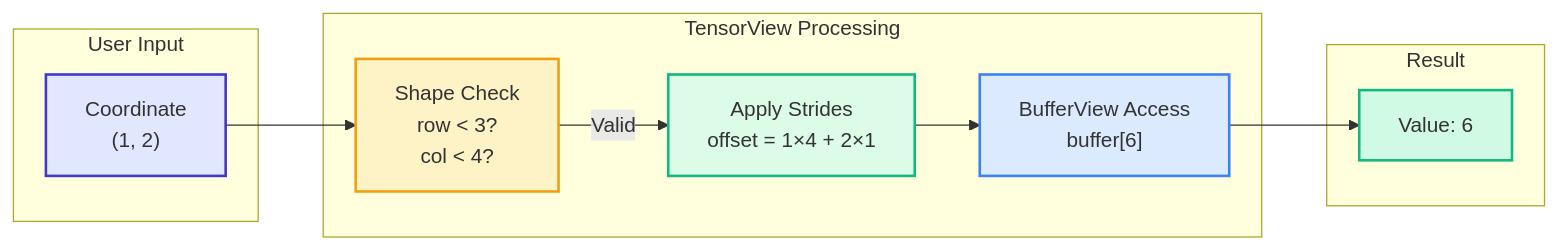
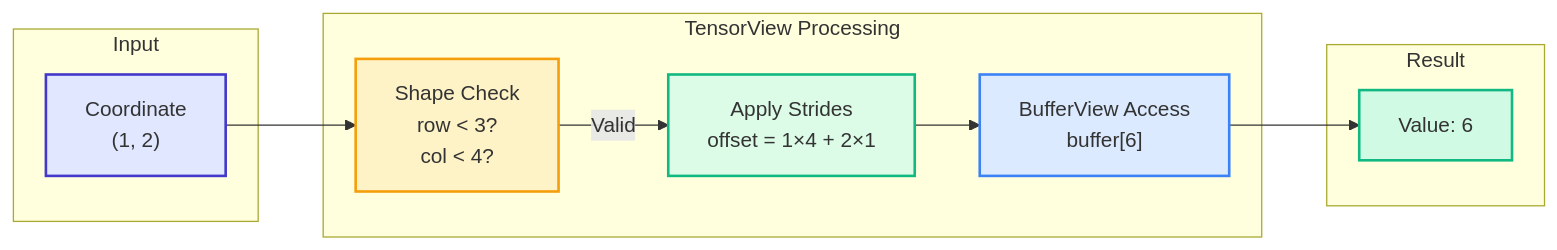
Before and after one commit to ROCm/composable_kernel: the second of 5 diagrams in docs/conceptual/ck_tile/tensor_views.rst, drawn with Mermaid. The commit also changed other lines of this file and 17 other files, not shown here.

```diff
--- a/docs/conceptual/ck_tile/tensor_views.rst
+++ b/docs/conceptual/ck_tile/tensor_views.rst
@@ -130,27 +130,27 @@
       .. mermaid::
       
          flowchart LR
-             subgraph "User Input"
+             subgraph "Input"
                  Coord["Coordinate<br/>(1, 2)"]
              end
    
              subgraph "TensorView Processing"
                  Shape["Shape Check<br/>row < 3?<br/>col < 4?"]
                  Stride["Apply Strides<br/>offset = 1×4 + 2×1"]
                  Buffer["BufferView Access<br/>buffer[6]"]
              end
    
              subgraph "Result"
                  Value["Value: 6"]
              end
    
              Coord --> Shape
              Shape -->|Valid| Stride
              Stride --> Buffer
              Buffer --> Value
    
              style Coord fill:#e0e7ff,stroke:#4338ca,stroke-width:2px
              style Shape fill:#fef3c7,stroke:#f59e0b,stroke-width:2px
              style Stride fill:#dcfce7,stroke:#10b981,stroke-width:2px
              style Buffer fill:#dbeafe,stroke:#3b82f6,stroke-width:2px
              style Value fill:#d1fae5,stroke:#10b981,stroke-width:2px
```
